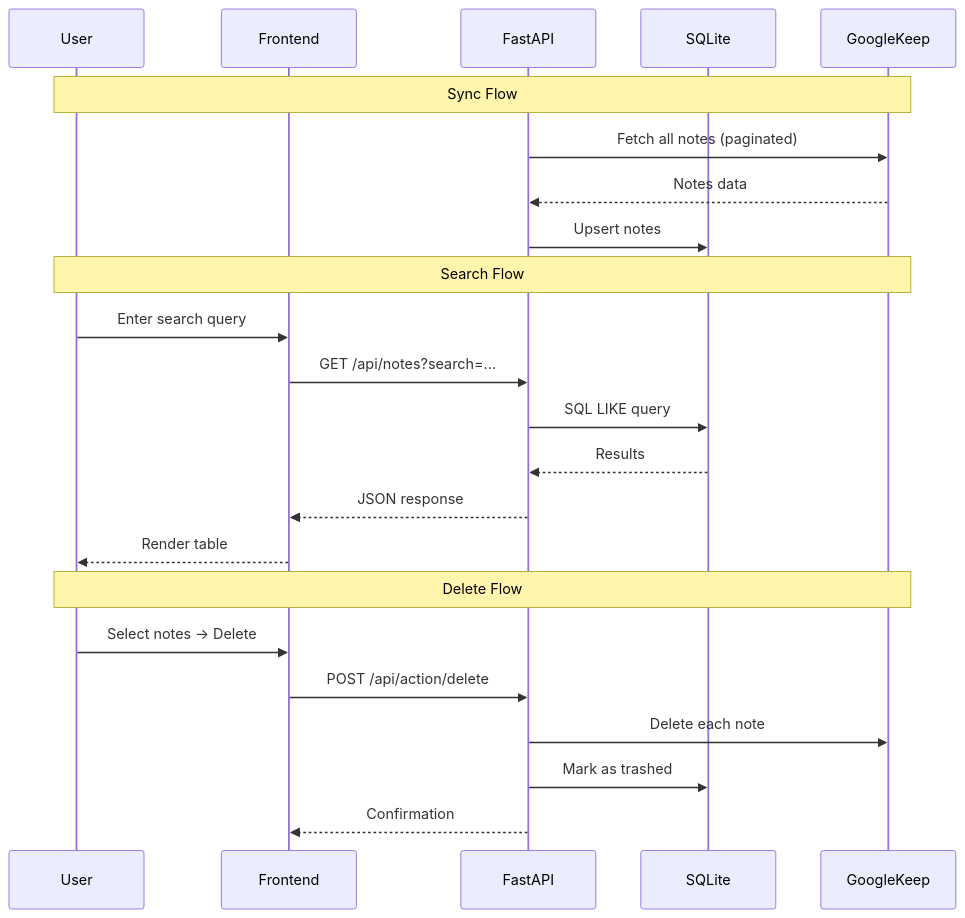
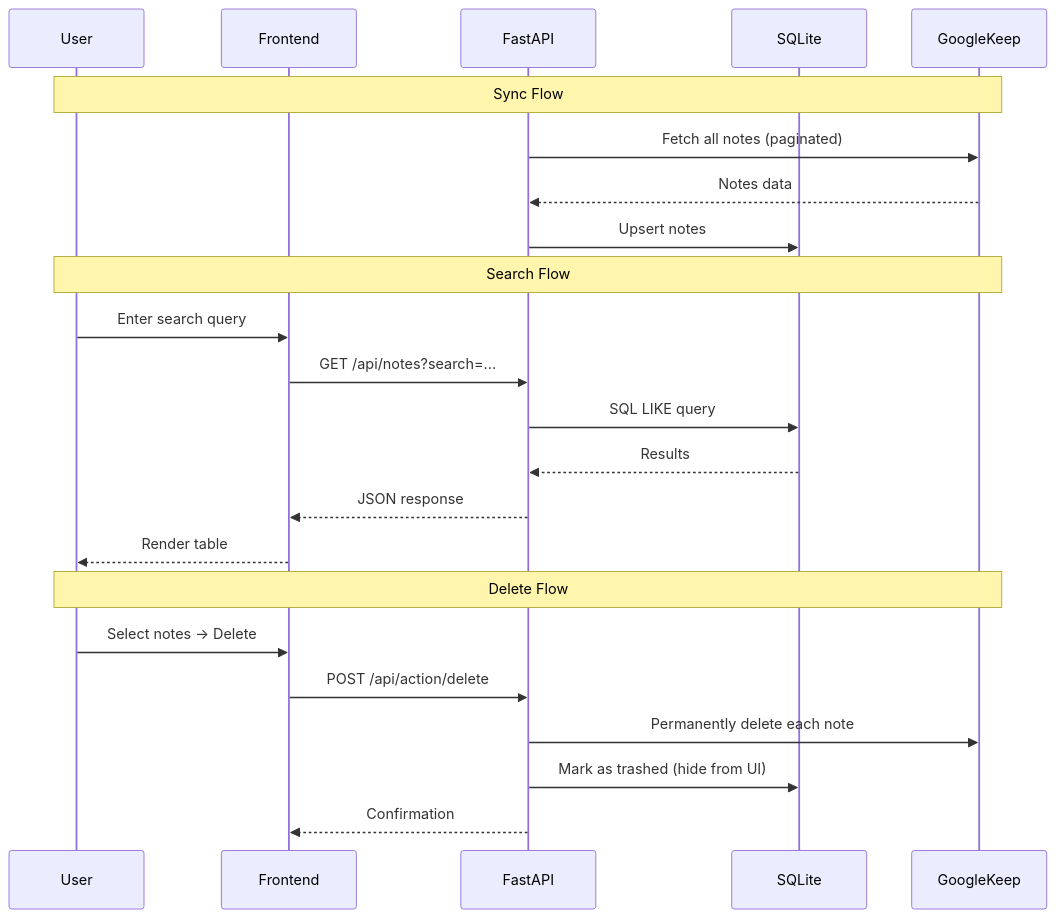
The second of 2 diagrams in README.md (alexsmoy/keep-manager), drawn with Mermaid before and after one commit. The commit also changed other lines of this file and 7 other files, not shown here.

````diff
--- a/README.md
+++ b/README.md
@@ -156,28 +158,28 @@
 ```mermaid
 sequenceDiagram
     participant User
     participant Frontend
     participant FastAPI
     participant SQLite
     participant GoogleKeep
 
     Note over User,GoogleKeep: Sync Flow
     FastAPI->>GoogleKeep: Fetch all notes (paginated)
     GoogleKeep-->>FastAPI: Notes data
     FastAPI->>SQLite: Upsert notes
 
     Note over User,GoogleKeep: Search Flow
     User->>Frontend: Enter search query
     Frontend->>FastAPI: GET /api/notes?search=...
     FastAPI->>SQLite: SQL LIKE query
     SQLite-->>FastAPI: Results
     FastAPI-->>Frontend: JSON response
     Frontend-->>User: Render table
 
     Note over User,GoogleKeep: Delete Flow
     User->>Frontend: Select notes → Delete
     Frontend->>FastAPI: POST /api/action/delete
-    FastAPI->>GoogleKeep: Delete each note
-    FastAPI->>SQLite: Mark as trashed
+    FastAPI->>GoogleKeep: Permanently delete each note
+    FastAPI->>SQLite: Mark as trashed (hide from UI)
     FastAPI-->>Frontend: Confirmation
 ```
````
